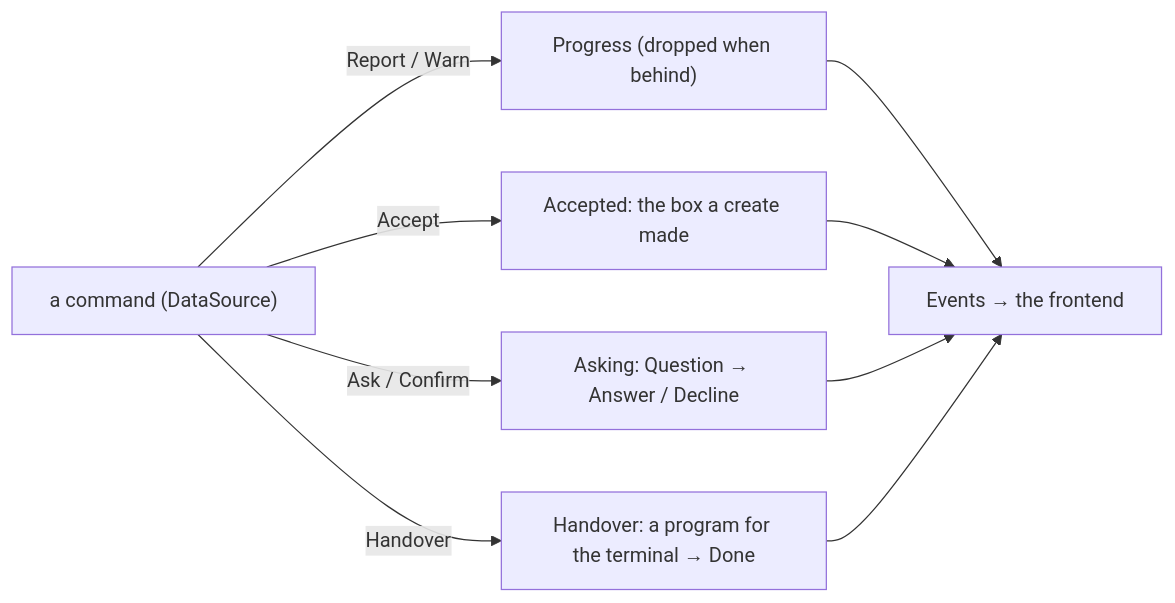
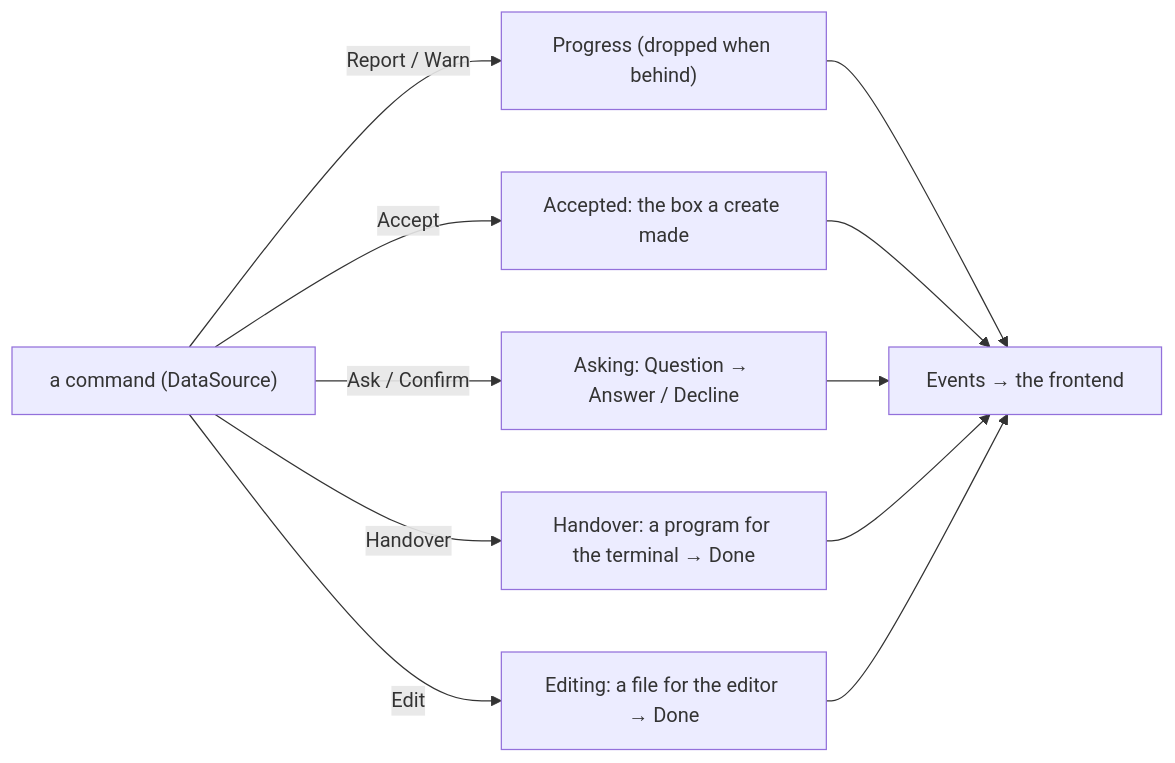
The sixth of 6 diagrams in cli/internal/console/DESIGN.md (discobox-ai/discobox), drawn with Mermaid before and after one commit. The commit also changed other lines of this file and 30 other files, not shown here.

````diff
--- a/cli/internal/console/DESIGN.md
+++ b/cli/internal/console/DESIGN.md
@@ -340,8 +378,9 @@
 ```mermaid
 flowchart LR
     C["a command (DataSource)"] -->|"Report / Warn"| P["Progress (dropped when behind)"]
     C -->|Accept| A["Accepted: the box a create made"]
     C -->|"Ask / Confirm"| Q["Asking: Question → Answer / Decline"]
     C -->|Handover| H["Handover: a program for the terminal → Done"]
-    P & A & Q & H --> E["Events → the frontend"]
+    C -->|Edit| ED["Editing: a file for the editor → Done"]
+    P & A & Q & H & ED --> E["Events → the frontend"]
 ```
````
